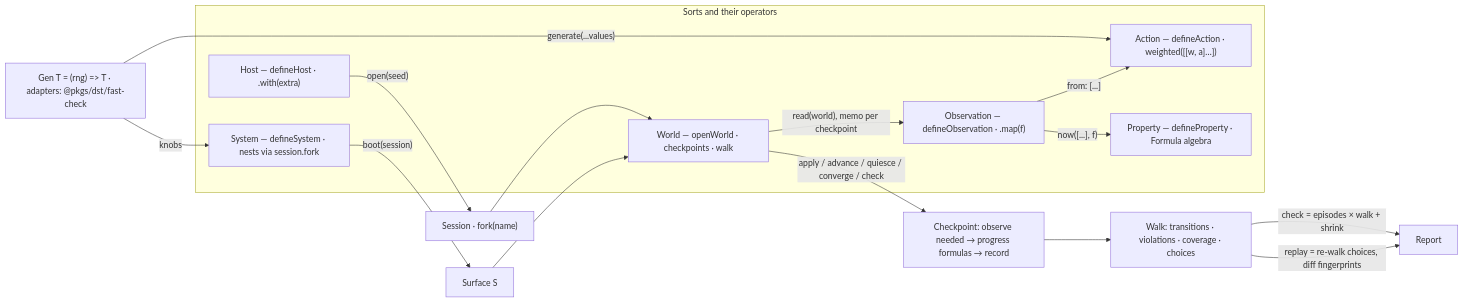
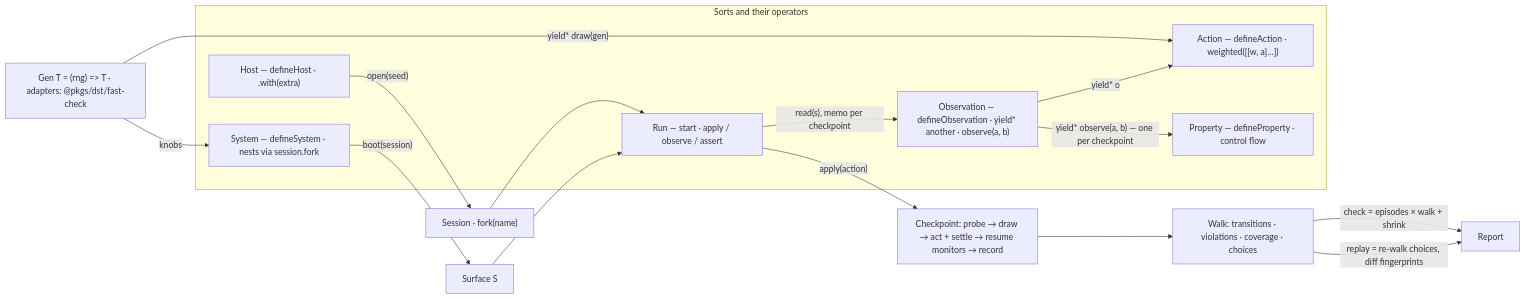
One commit to crvouga/gamezilla changed the diagram in .cursor/plans/dst_scenario_host_surface_69426d35.plan.md. Above: the diagram before and after it, drawn with Mermaid. The commit also changed other lines of this file and 7 other files, not shown here.

````diff
--- a/.cursor/plans/dst_scenario_host_surface_69426d35.plan.md
+++ b/.cursor/plans/dst_scenario_host_surface_69426d35.plan.md
@@ -81,25 +84,25 @@
 ```mermaid
 flowchart LR
   subgraph sorts [Sorts and their operators]
     Host["Host — defineHost · .with(extra)"]
     System["System — defineSystem · nests via session.fork"]
-    Observation["Observation — defineObservation · .map(f)"]
+    Observation["Observation — defineObservation · yield* another · observe(a, b)"]
     Action["Action — defineAction · weighted([[w, a]…])"]
-    Property["Property — defineProperty · Formula algebra"]
-    World["World — openWorld · checkpoints · walk"]
+    Property["Property — defineProperty · control flow"]
+    Run["Run — start · apply / observe / assert"]
   end
   Gen["Gen T = (rng) => T · adapters: @pkgs/dst/fast-check"]
   Host -->|"open(seed)"| Session["Session · fork(name)"]
   System -->|"boot(session)"| Surface["Surface S"]
   Gen -->|"knobs"| System
-  Gen -->|"generate(...values)"| Action
-  Session --> World
-  Surface --> World
-  World -->|"read(world), memo per checkpoint"| Observation
-  Observation -->|"from: [...]"| Action
-  Observation -->|"now([...], f)"| Property
-  World -->|"apply / advance / quiesce / converge / check"| Checkpoint["Checkpoint: observe needed → progress formulas → record"]
+  Gen -->|"yield* draw(gen)"| Action
+  Session --> Run
+  Surface --> Run
+  Run -->|"read(s), memo per checkpoint"| Observation
+  Observation -->|"yield* o"| Action
+  Observation -->|"yield* observe(a, b) — one per checkpoint"| Property
+  Run -->|"apply(action)"| Checkpoint["Checkpoint: probe → draw → act + settle → resume monitors → record"]
   Checkpoint --> Walk["Walk: transitions · violations · coverage · choices"]
   Walk -->|"check = episodes × walk + shrink"| Report
   Walk -->|"replay = re-walk choices, diff fingerprints"| Report
 ```
````
